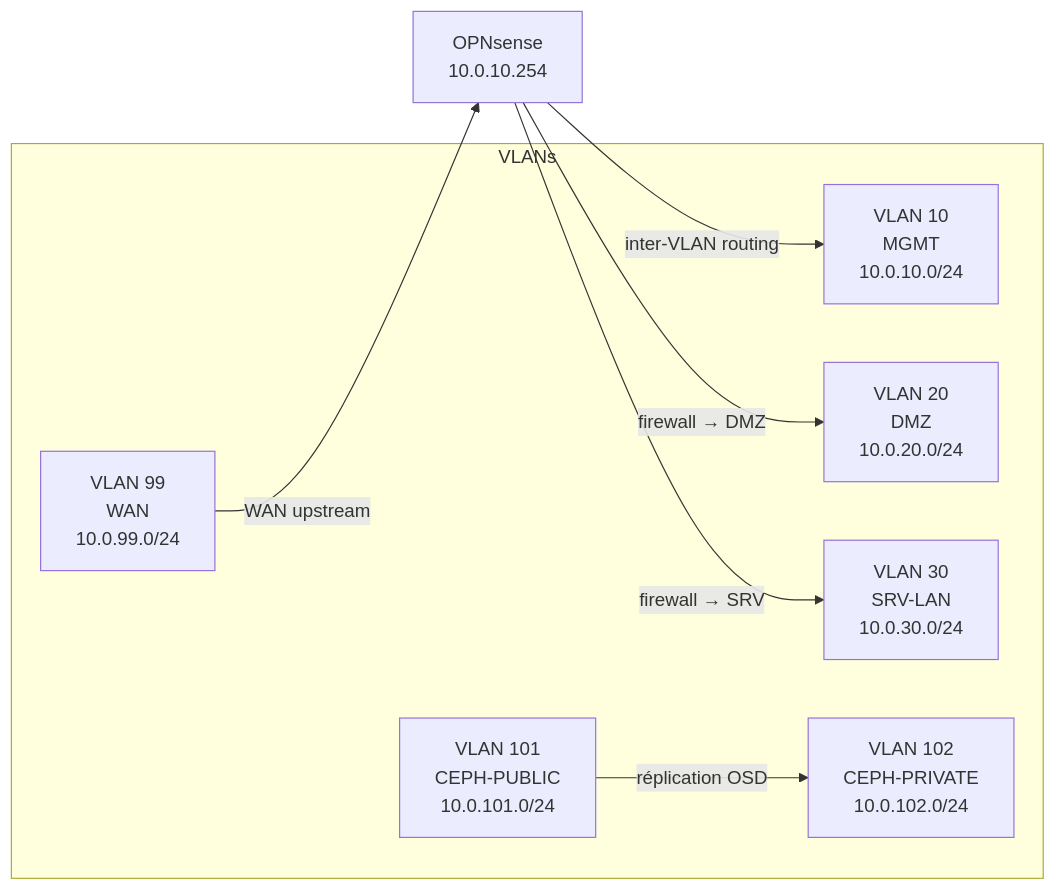
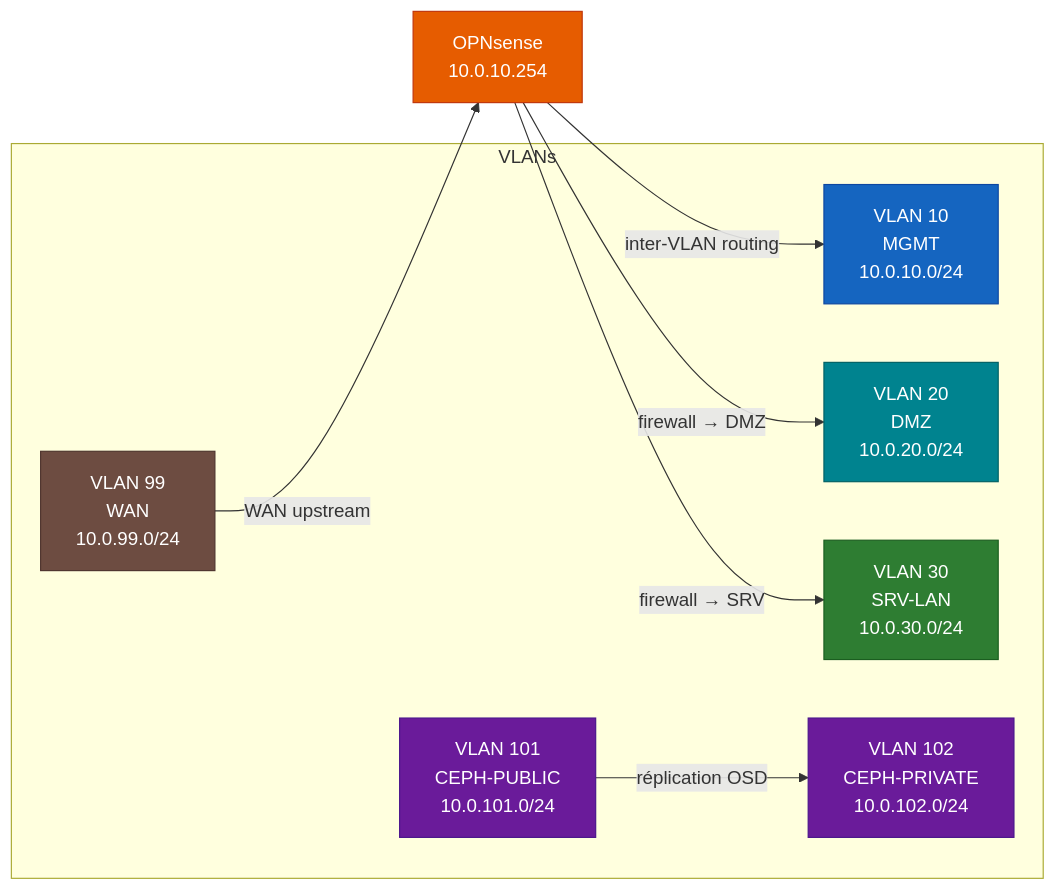
Before and after one commit to astronas/ynov-virtu: the second of 3 diagrams in README.md, drawn with Mermaid. The commit also changed other lines of this file and 1 other file, not shown here.

Commit message:
feat: colorize mermaid diagrams, add switch image placeholder

````diff
--- a/README.md
+++ b/README.md
@@ -40,18 +51,24 @@
 ```mermaid
 graph LR
+    classDef vlan_mgmt fill:#1565c0,stroke:#0d47a1,color:#fff
+    classDef vlan_dmz  fill:#00838f,stroke:#006064,color:#fff
+    classDef vlan_srv  fill:#2e7d32,stroke:#1b5e20,color:#fff
+    classDef vlan_wan  fill:#6d4c41,stroke:#4e342e,color:#fff
+    classDef vlan_ceph fill:#6a1b9a,stroke:#4a148c,color:#fff
+    classDef opnsense  fill:#e65c00,stroke:#bf360c,color:#fff
+
     subgraph VLANs
-        V10["VLAN 10\nMGMT\n10.0.10.0/24"]
-        V20["VLAN 20\nDMZ\n10.0.20.0/24"]
-        V30["VLAN 30\nSRV-LAN\n10.0.30.0/24"]
-        V99["VLAN 99\nWAN\n10.0.99.0/24"]
-        V101["VLAN 101\nCEPH-PUBLIC\n10.0.101.0/24"]
-        V102["VLAN 102\nCEPH-PRIVATE\n10.0.102.0/24"]
+        V10["VLAN 10\nMGMT\n10.0.10.0/24"]:::vlan_mgmt
+        V20["VLAN 20\nDMZ\n10.0.20.0/24"]:::vlan_dmz
+        V30["VLAN 30\nSRV-LAN\n10.0.30.0/24"]:::vlan_srv
+        V99["VLAN 99\nWAN\n10.0.99.0/24"]:::vlan_wan
+        V101["VLAN 101\nCEPH-PUBLIC\n10.0.101.0/24"]:::vlan_ceph
+        V102["VLAN 102\nCEPH-PRIVATE\n10.0.102.0/24"]:::vlan_ceph
     end
 
-    OPN["OPNsense\n10.0.10.254"] -- "inter-VLAN routing" --> V10
+    OPN["OPNsense\n10.0.10.254"]:::opnsense -- "inter-VLAN routing" --> V10
     OPN -- "firewall → DMZ" --> V20
     OPN -- "firewall → SRV" --> V30
     V99 -- "WAN upstream" --> OPN
-
     V101 -- "réplication OSD" --> V102
 ```
````
